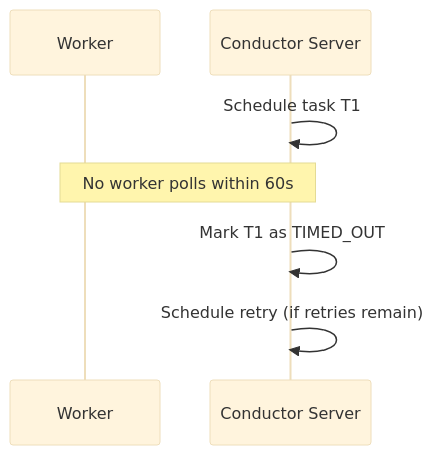
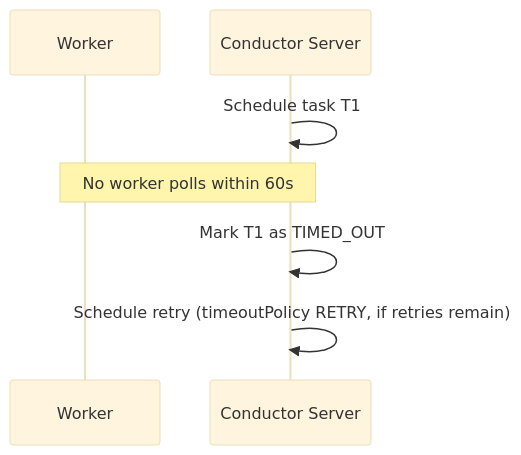
The third of 6 diagrams in docs/devguide/architecture/tasklifecycle.md (conductor-oss/conductor), drawn with Mermaid (base theme) before and after one commit. The commit also changed other lines of this file and 194 other files, not shown here.

````diff
--- a/docs/devguide/architecture/tasklifecycle.md
+++ b/docs/devguide/architecture/tasklifecycle.md
@@ -93,10 +99,10 @@
 ```mermaid
 sequenceDiagram
     participant W as Worker
     participant C as Conductor Server
 
     C->>C: Schedule task T1
     Note over C,W: No worker polls within 60s
     C->>C: Mark T1 as TIMED_OUT
-    C->>C: Schedule retry (if retries remain)
+    C->>C: Schedule retry (timeoutPolicy RETRY, if retries remain)
 ```
````
